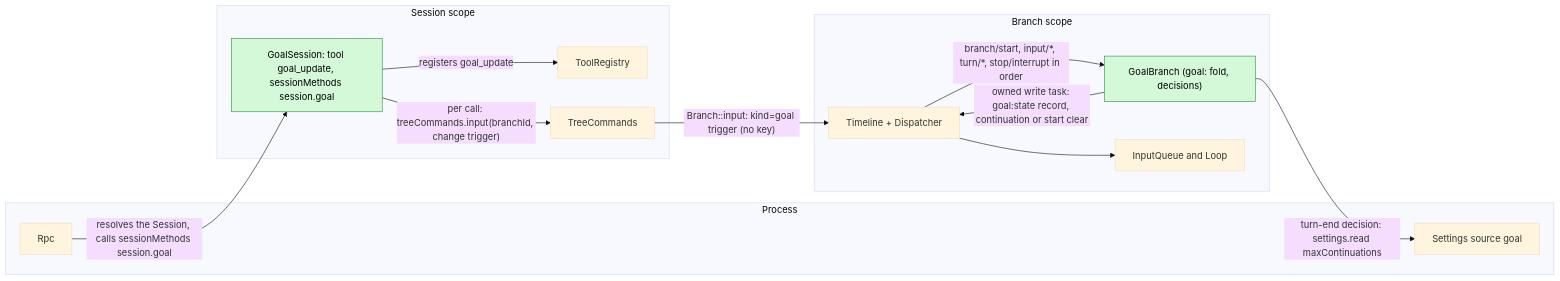
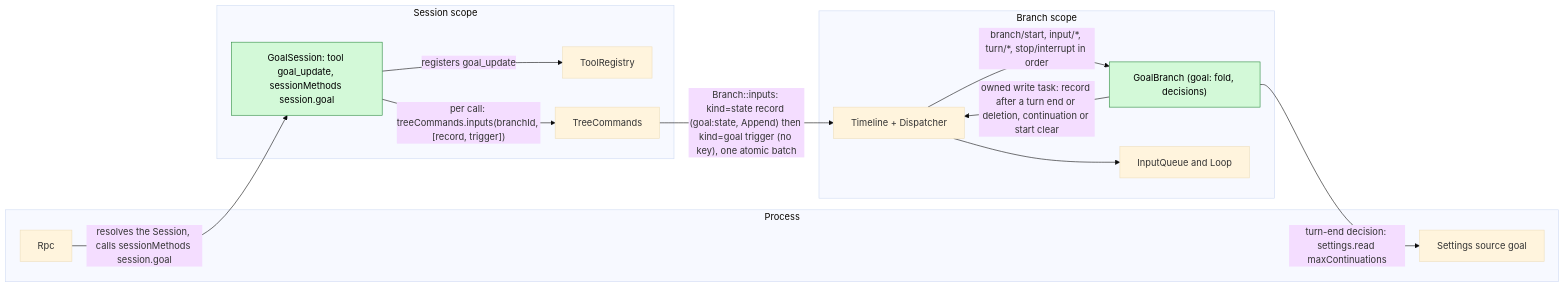
Before and after one commit to CoutinhoTTS/dim-agent: the first of 7 diagrams in docs/design/plugins/Goal.md, drawn with Mermaid (base theme). The commit also changed other lines of this file and 16 other files, not shown here.

````diff
--- a/docs/design/plugins/Goal.md
+++ b/docs/design/plugins/Goal.md
@@ -11,26 +11,26 @@
 ```mermaid
 flowchart LR
   subgraph PROC["Process"]
     Rpc["Rpc"]
     Settings["Settings source goal"]
   end
   subgraph SESS["Session scope"]
     GS["GoalSession: tool goal_update, sessionMethods session.goal"]:::new
     TR["ToolRegistry"]
     TC["TreeCommands"]
   end
   subgraph BR["Branch scope"]
     GB["GoalBranch (goal: fold, decisions)"]:::new
     TL["Timeline + Dispatcher"]
     IQ["InputQueue and Loop"]
   end
   GS -- "registers goal_update" --> TR
   Rpc -- "resolves the Session, calls sessionMethods session.goal" --> GS
-  GS -- "per call: treeCommands.input(branchId, change trigger)" --> TC
-  TC -- "Branch::input: kind=goal trigger (no key)" --> TL
+  GS -- "per call: treeCommands.inputs(branchId, [record, trigger])" --> TC
+  TC -- "Branch::inputs: kind=state record (goal:state, Append) then kind=goal trigger (no key), one atomic batch" --> TL
   TL -- "branch/start, input/*, turn/*, stop/interrupt in order" --> GB
-  GB -- "owned write task: goal:state record, continuation or start clear" --> TL
+  GB -- "owned write task: record after a turn end or deletion, continuation or start clear" --> TL
   GB -- "turn-end decision: settings.read maxContinuations" --> Settings
   TL --> IQ
   classDef new fill:#d3f9d8,stroke:#2b8a3e,color:#000
 ```
````
